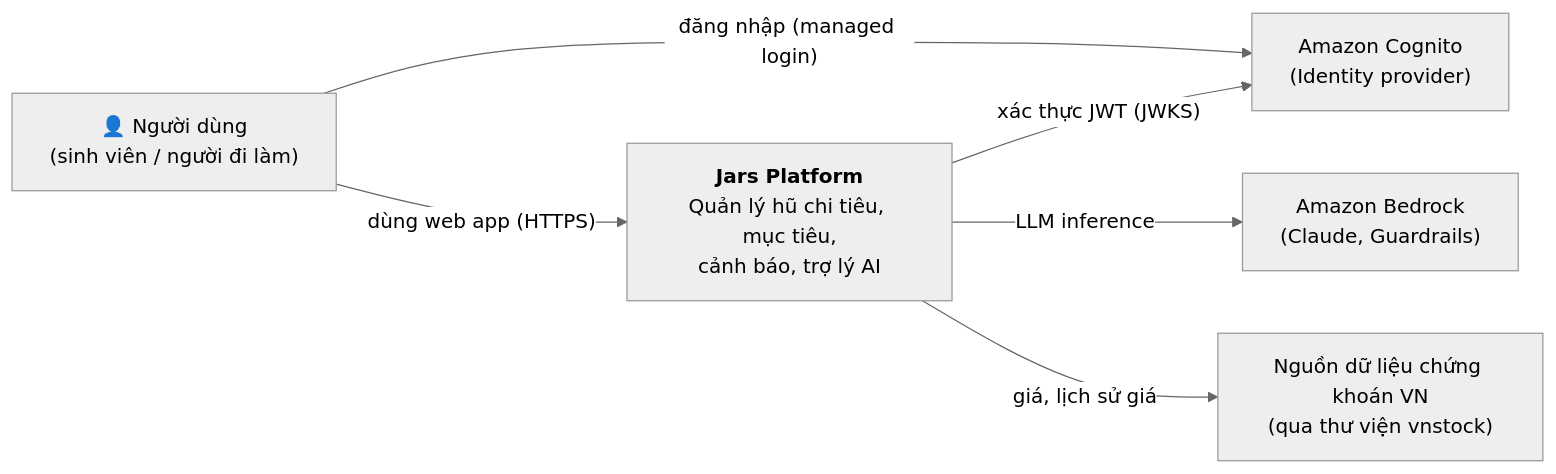
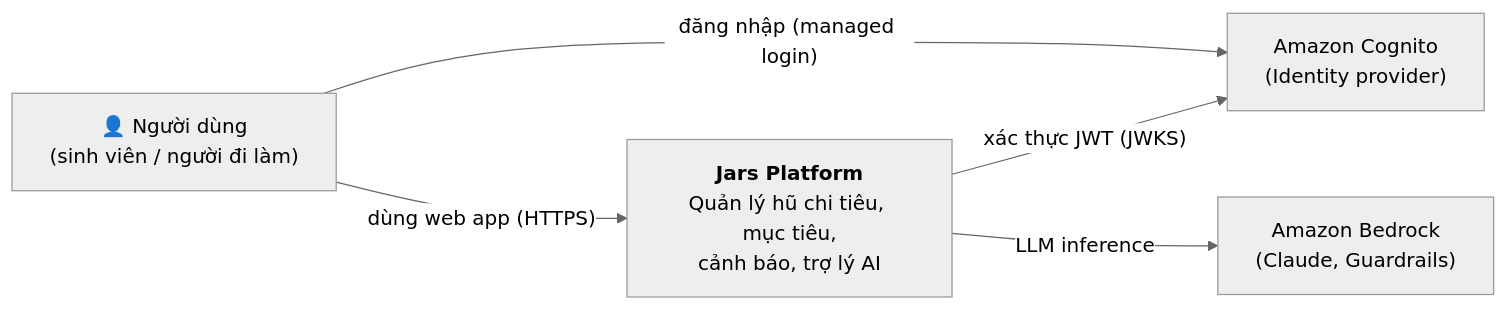
Before and after one commit to thphuc06/jar-platform: the first of 2 diagrams in docs/02-architecture/overview.md, drawn with Mermaid (neutral theme). The commit also changed other lines of this file and 26 other files, not shown here.

````diff
--- a/docs/02-architecture/overview.md
+++ b/docs/02-architecture/overview.md
@@ -21,14 +21,12 @@
 ```mermaid
 flowchart LR
     user["👤 Người dùng<br/>(sinh viên / người đi làm)"]
     sys["<b>Jars Platform</b><br/>Quản lý hũ chi tiêu, mục tiêu,<br/>cảnh báo, trợ lý AI"]
     cognito["Amazon Cognito<br/>(Identity provider)"]
     bedrock["Amazon Bedrock<br/>(Claude, Guardrails)"]
-    market["Nguồn dữ liệu chứng khoán VN<br/>(qua thư viện vnstock)"]
 
     user -- "dùng web app (HTTPS)" --> sys
     user -- "đăng nhập (managed login)" --> cognito
     sys -- "xác thực JWT (JWKS)" --> cognito
     sys -- "LLM inference" --> bedrock
-    sys -- "giá, lịch sử giá" --> market
 ```
````
